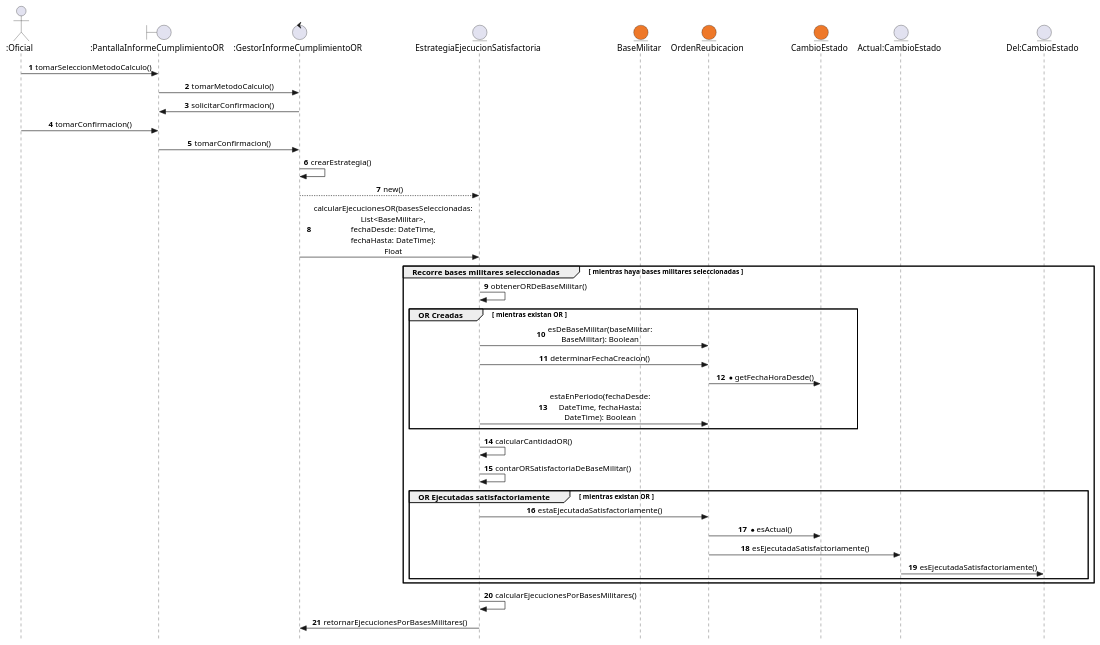
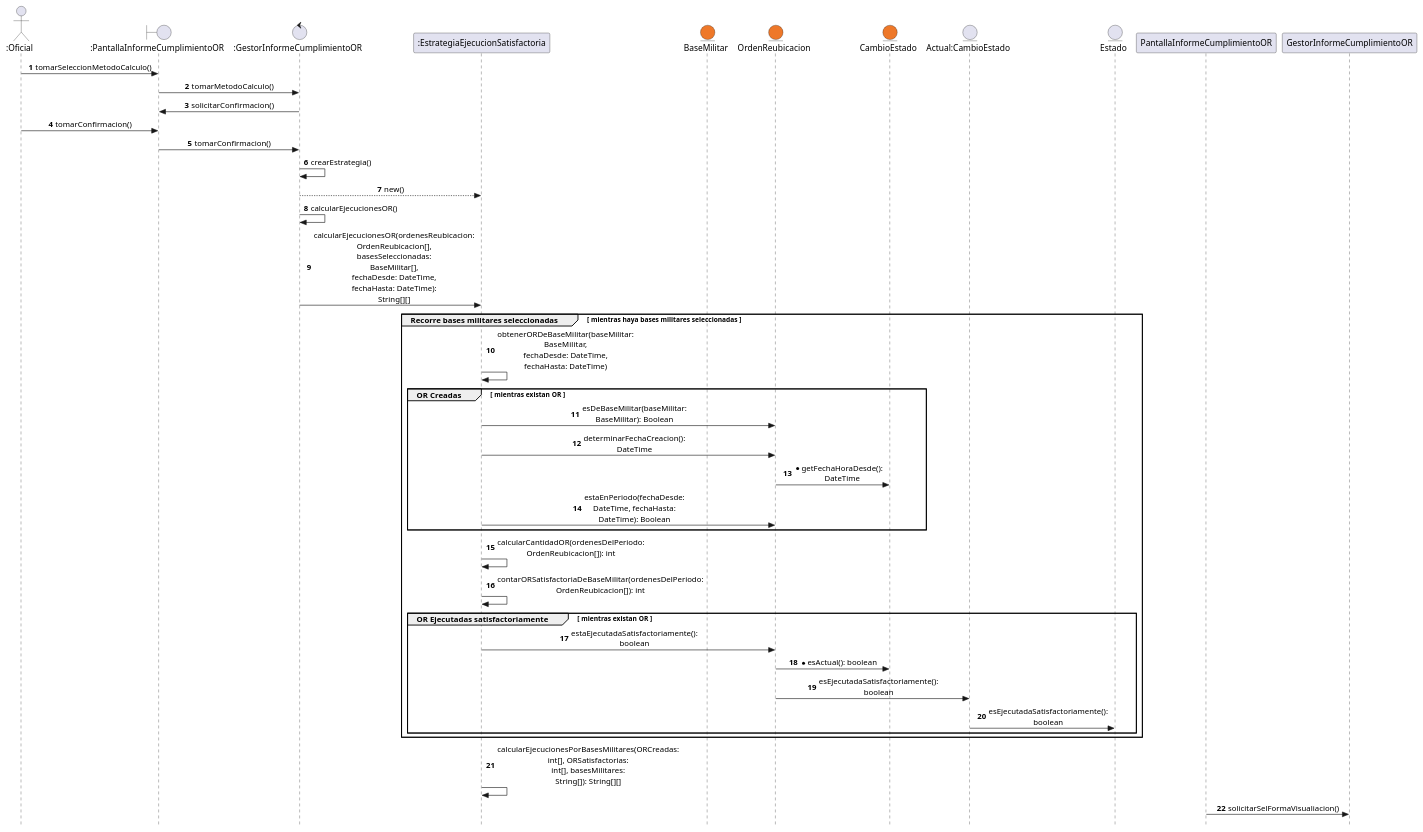
The diagram in 10_la_estrella_de_la_muerte/01_ds_strategy.plantuml (CeciliaRava1/disenio_2026), drawn with PlantUML before and after one commit. The commit also changed 4 other files, not shown here.

```diff
--- a/10_la_estrella_de_la_muerte/01_ds_strategy.plantuml
+++ b/10_la_estrella_de_la_muerte/01_ds_strategy.plantuml
@@ -1,70 +1,71 @@
-@startuml diagramaClase
+@startuml diagramaSecuencia
 
 autonumber
 skinparam style strictuml
 skinparam sequenceMessageAlign center
 skinparam maxMessageSize 150
 
 ' --- CLASES DE ANALISIS ---
 actor Oficial as ":Oficial"
 boundary Pantalla as ":PantallaInformeCumplimientoOR"
 control Gestor as ":GestorInformeCumplimientoOR"
 
 ' --- CLASES DE FABRICACION PURA ---
-entity EstrategiaEjecucionSatisfactoria as "EstrategiaEjecucionSatisfactoria"
+participant EstrategiaEjecucionSatisfactoria as ":EstrategiaEjecucionSatisfactoria"
 
 ' --- CLASES DEL DOMINIO ---
 entity BaseMilitar as "BaseMilitar" #ee7829
 entity OrdenReubicacion as "OrdenReubicacion" #ee7829
 entity CambioEstado as "CambioEstado" #ee7829
 entity ACambioEstado as "Actual:CambioEstado"
-entity DELCambio as "Del:CambioEstado"
+entity Estado as "Estado"
 
 '8. Oficial: Selecciona el método de porcentaje de ejecución satisfactorio por base militar de origen.
 Oficial -> Pantalla : tomarSeleccionMetodoCalculo()
 Pantalla -> Gestor : tomarMetodoCalculo()
 
 '9. Sistema: Solicita confirmación para generar el informe.
 Gestor -> Pantalla : solicitarConfirmacion()
 
 '10. Oficial: Confirma la generación del informe.
 Oficial -> Pantalla : tomarConfirmacion()
 Pantalla -> Gestor : tomarConfirmacion()
 Gestor -> Gestor : crearEstrategia()
 Gestor --> EstrategiaEjecucionSatisfactoria : new()
-Gestor -> EstrategiaEjecucionSatisfactoria : calcularEjecucionesOR(basesSeleccionadas: List<BaseMilitar>, fechaDesde: DateTime, fechaHasta: DateTime): Float
+Gestor -> Gestor : calcularEjecucionesOR()
+Gestor -> EstrategiaEjecucionSatisfactoria : calcularEjecucionesOR(ordenesReubicacion: OrdenReubicacion[], basesSeleccionadas: BaseMilitar[], fechaDesde: DateTime, fechaHasta: DateTime): String[][]
 
 '11. Sistema: Busca para cada base militar seleccionada todas las Órdenes de Reubicación que se hayan creado dentro 
 'del periodo seleccionado.
 group Recorre bases militares seleccionadas [ mientras haya bases militares seleccionadas ]
-    EstrategiaEjecucionSatisfactoria -> EstrategiaEjecucionSatisfactoria : obtenerORDeBaseMilitar()\
+    EstrategiaEjecucionSatisfactoria -> EstrategiaEjecucionSatisfactoria : obtenerORDeBaseMilitar(baseMilitar: BaseMilitar, fechaDesde: DateTime, fechaHasta: DateTime)
 
     group OR Creadas [ mientras existan OR ]
         EstrategiaEjecucionSatisfactoria -> OrdenReubicacion : esDeBaseMilitar(baseMilitar: BaseMilitar): Boolean
-        EstrategiaEjecucionSatisfactoria -> OrdenReubicacion : determinarFechaCreacion()
-        OrdenReubicacion -> CambioEstado : *getFechaHoraDesde()
+        EstrategiaEjecucionSatisfactoria -> OrdenReubicacion : determinarFechaCreacion(): DateTime
+        OrdenReubicacion -> CambioEstado : *getFechaHoraDesde(): DateTime
 
 '12. Sistema: Busca para cada base militar seleccionada todas las Órdenes de Reubicación que se hayan creado dentro 
 'del periodo seleccionado y cuyo estado actual sea Ejecutada Satisfactoriamente.
         EstrategiaEjecucionSatisfactoria -> OrdenReubicacion : estaEnPeriodo(fechaDesde: DateTime, fechaHasta: DateTime): Boolean
     end
 
-    EstrategiaEjecucionSatisfactoria -> EstrategiaEjecucionSatisfactoria : calcularCantidadOR()
-    EstrategiaEjecucionSatisfactoria -> EstrategiaEjecucionSatisfactoria : contarORSatisfactoriaDeBaseMilitar()
+    EstrategiaEjecucionSatisfactoria -> EstrategiaEjecucionSatisfactoria : calcularCantidadOR(ordenesDelPeriodo: OrdenReubicacion[]): int
+    EstrategiaEjecucionSatisfactoria -> EstrategiaEjecucionSatisfactoria : contarORSatisfactoriaDeBaseMilitar(ordenesDelPeriodo: OrdenReubicacion[]): int
 
     group OR Ejecutadas satisfactoriamente [ mientras existan OR ]
-        EstrategiaEjecucionSatisfactoria -> OrdenReubicacion : estaEjecutadaSatisfactoriamente()
-        OrdenReubicacion -> CambioEstado : *esActual()
-        OrdenReubicacion -> ACambioEstado : esEjecutadaSatisfactoriamente()
-        ACambioEstado -> DELCambio : esEjecutadaSatisfactoriamente()
+        EstrategiaEjecucionSatisfactoria -> OrdenReubicacion : estaEjecutadaSatisfactoriamente(): boolean
+        OrdenReubicacion -> CambioEstado : *esActual(): boolean
+        OrdenReubicacion -> ACambioEstado : esEjecutadaSatisfactoriamente(): boolean
+        ACambioEstado -> Estado : esEjecutadaSatisfactoriamente(): boolean
     end 
 end
 
 '13. Sistema: Calcula por cada base seleccionada el porcentaje de ejecución satisfactoria de órdenes de reubicación.
-EstrategiaEjecucionSatisfactoria -> EstrategiaEjecucionSatisfactoria : calcularEjecucionesPorBasesMilitares()
-EstrategiaEjecucionSatisfactoria -> Gestor : retornarEjecucionesPorBasesMilitares()
+EstrategiaEjecucionSatisfactoria -> EstrategiaEjecucionSatisfactoria : calcularEjecucionesPorBasesMilitares(ORCreadas: int[], ORSatisfactorias: int[], basesMilitares: String[]): String[][]
+PantallaInformeCumplimientoOR -> GestorInformeCumplimientoOR : solicitarSelFormaVisualiacion()
 '14. Sistema: Solicita que se selecciona una forma de visualización del reporte. (Ver Observación 2)
 '15. Oficial: Selecciona exportar a PDF.
 '16. Sistema: Genera el informe en formato PDF. (Ver Observación 3). Fin del CU.
 
 @enduml
```
